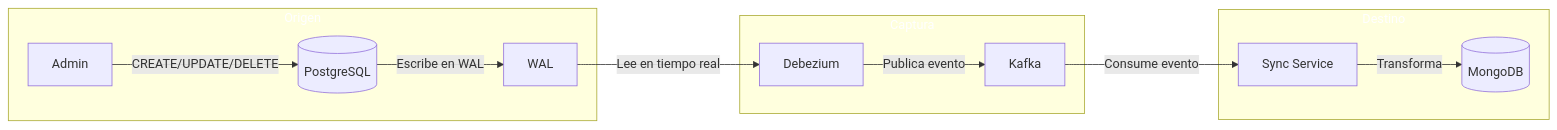
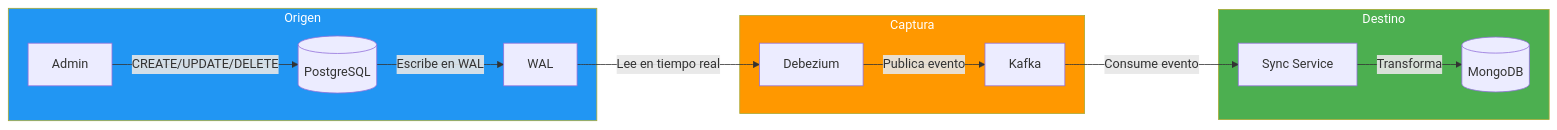
Diagram 21 of 24 in 30-cqrs-mediator.md (joseluisgs/DesarrolloWebEntornosServidor-02-2026-2027), drawn with Mermaid before and after one commit. The commit also changed other lines of this file and 29 other files, not shown here.

Commit message:
docs: corregir estilos Mermaid y estilo, quitar referencias a la Tienda y reestructurar los retos 13 y 15

````diff
--- a/30-cqrs-mediator.md
+++ b/30-cqrs-mediator.md
@@ -1182,21 +1182,21 @@
 ```mermaid
 flowchart LR
     subgraph ORIGEN["Origen"]
         A[Admin] -->|CREATE/UPDATE/DELETE| B[(PostgreSQL)]
         B -->|Escribe en WAL| C[WAL]
     end
 
     subgraph CAPTURA["Captura"]
         C -->|Lee en tiempo real| D[Debezium]
         D -->|Publica evento| E[Kafka]
     end
 
     subgraph DESTINO["Destino"]
         E -->|Consume evento| F[Sync Service]
         F -->|Transforma| G[(MongoDB)]
     end
 
-    style ORIGEN fill:#2196F,color:#fff3,color:#fff
-    style CAPTURA fill:#FF980,color:#fff0,color:#fff
-    style DESTINO fill:#4CAF5,color:#fff0,color:#fff
+    style ORIGEN fill:#2196F3,color:#fff
+    style CAPTURA fill:#FF9800,color:#fff
+    style DESTINO fill:#4CAF50,color:#fff
 ```
````
